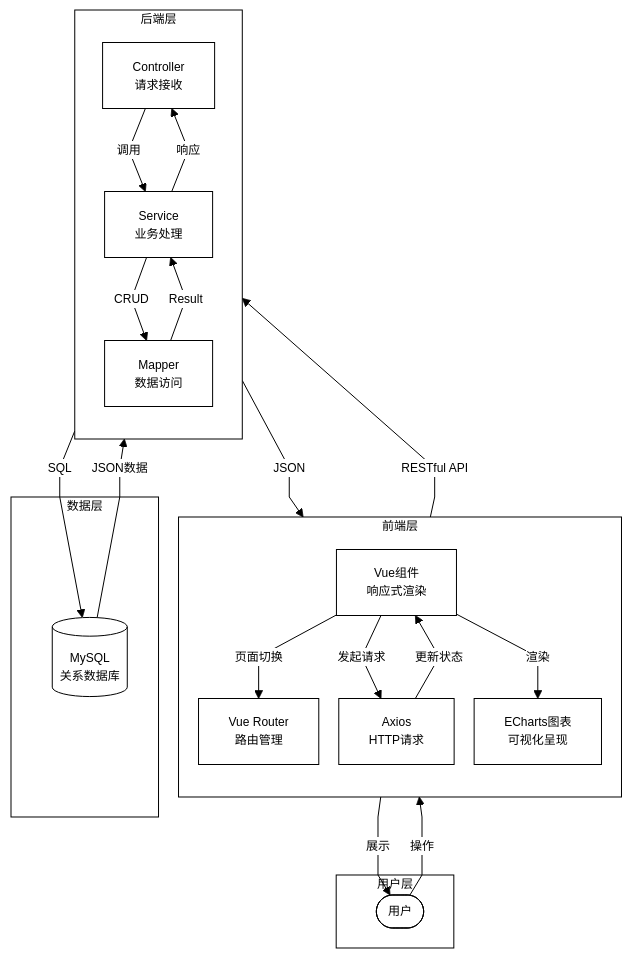
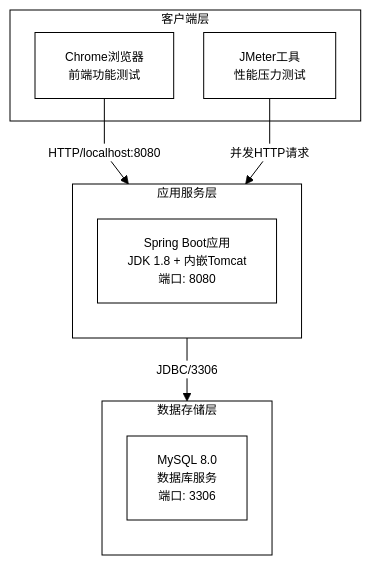
The diagram in all/未命名-2.md (C1010wj/iodraw-files), drawn with Mermaid before and after one commit.

Commit message:
2026-05-06 15:14:58 update

````diff
--- a/all/未命名-2.md
+++ b/all/未命名-2.md
@@ -1,65 +1,42 @@
 ```mermaid
 %%{init: {
     'theme': 'base',
     'themeVariables': {
         'primaryColor': '#ffffff',
         'primaryTextColor': '#000000',
         'primaryBorderColor': '#000000',
         'lineColor': '#000000',
         'secondaryColor': '#ffffff',
         'tertiaryColor': '#ffffff',
         'clusterBkg': '#ffffff',
         'clusterBorder': '#000000',
         'fontSize': '12px'
     },
     'flowchart': {
-        'rankSpacing': 40,
-        'nodeSpacing': 20,
+        'rankSpacing': 45,
+        'nodeSpacing': 30,
         'curve': 'linear',
         'useMaxWidth': true,
         'maxWidth': 140
     }
 }}%%
-flowchart TD
-    %% 分层节点，适配A4纵向宽度，优化文字换行减少节点宽度
-    subgraph 用户层
-        U([用户])
+flowchart TB
+    subgraph 客户端层
+        B1[Chrome浏览器<br/>前端功能测试]
+        B2[JMeter工具<br/>性能压力测试]
     end
     
-    subgraph 前端层
+    subgraph 应用服务层
         direction TB
-        R[Vue Router<br/>路由管理]
-        V[Vue组件<br/>响应式渲染]
-        E[ECharts图表<br/>可视化呈现]
-        A[Axios<br/>HTTP请求]
+        APP[Spring Boot应用<br/>JDK 1.8 + 内嵌Tomcat<br/>端口: 8080]
     end
     
-    subgraph 后端层
+    subgraph 数据存储层
         direction TB
-        C[Controller<br/>请求接收]
-        S[Service<br/>业务处理]
-        M[Mapper<br/>数据访问]
+        DB[MySQL 8.0<br/>数据库服务<br/>端口: 3306]
     end
     
-    subgraph 数据层
-        DB[(MySQL<br/>关系数据库)]
-    end
-
-    %% 核心流程逻辑（和原图完全一致，仅调整布局方向）
-    U -->|操作| V
-    V -->|页面切换| R
-    V -->|发起请求| A
-    A -->|RESTful API| C
-    C -->|调用| S
-    S -->|CRUD| M
-    M -->|SQL| DB
-    
-    %% 数据返回链路
-    DB -->|JSON数据| M
-    M -->|Result| S
-    S -->|响应| C
-    C -->|JSON| A
-    A -->|更新状态| V
-    V -->|渲染| E
-    E -->|展示| U
+    B1 -->|HTTP/localhost:8080| APP
+    B2 -->|并发HTTP请求| APP
+    APP -->|JDBC/3306| DB
 ```
````
